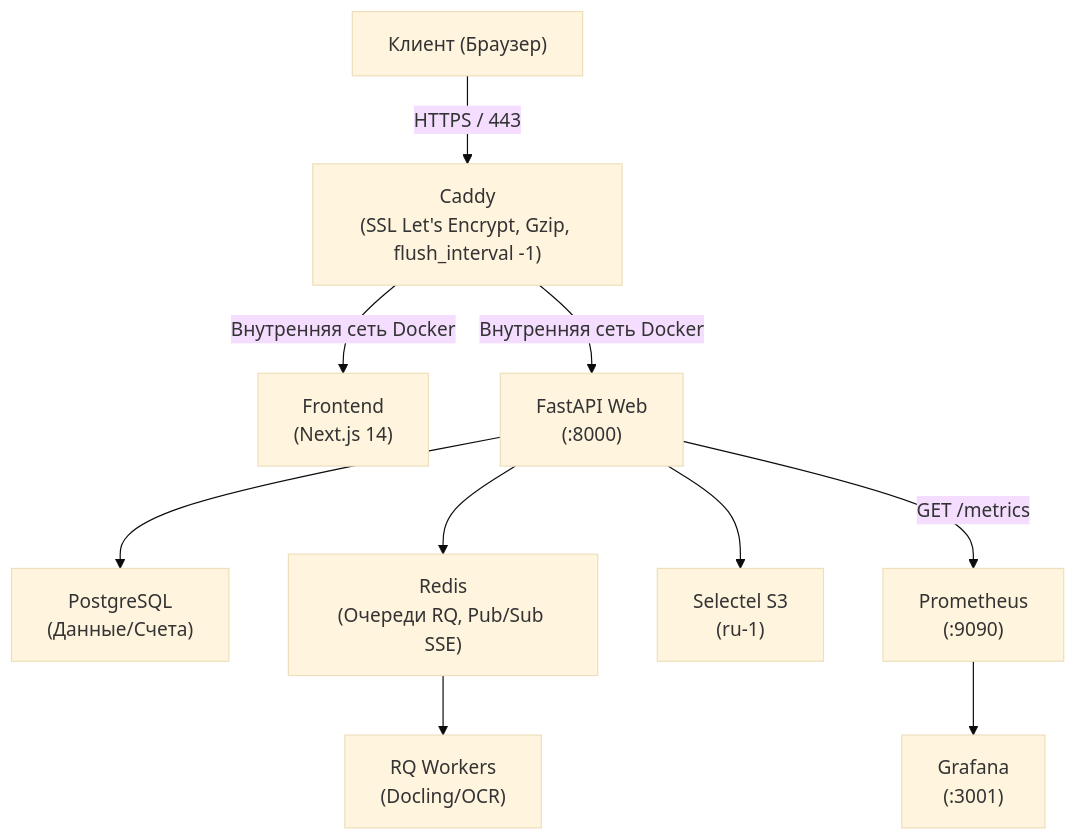
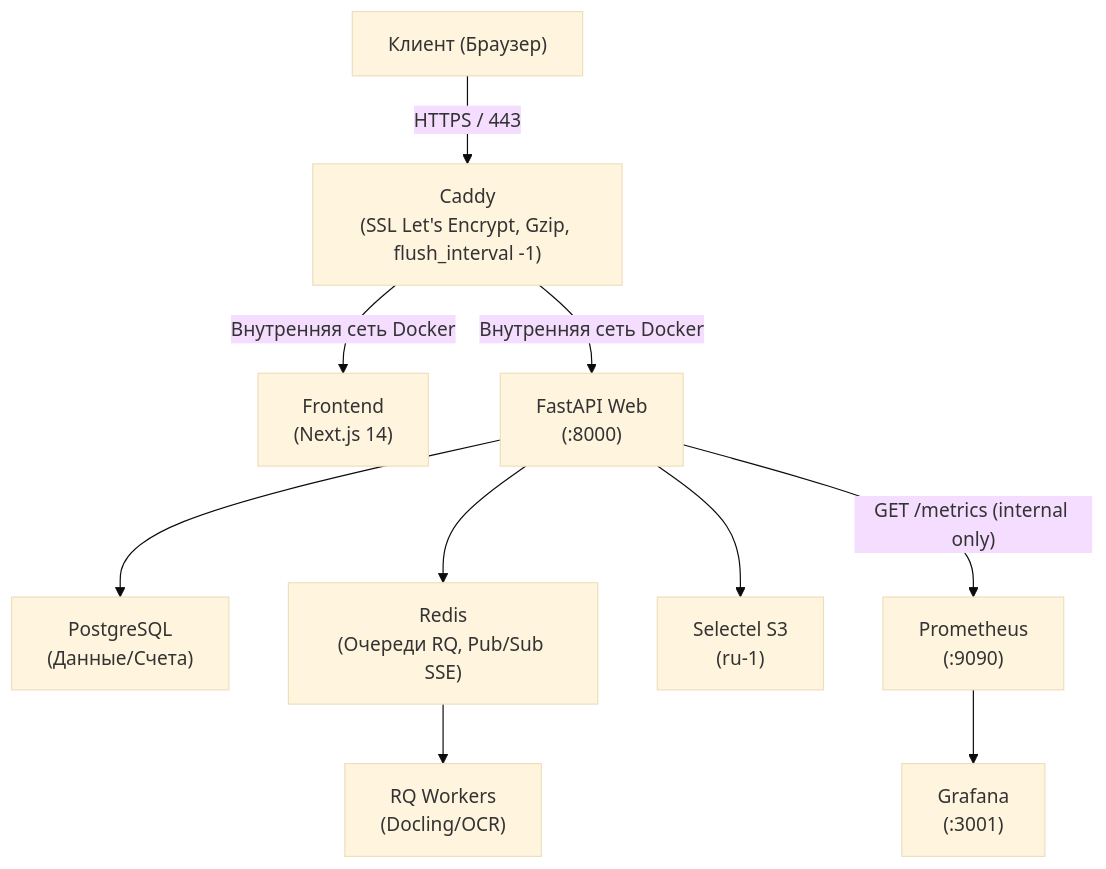
The diagram in docs/TECH.md (catishe-catalogue/clean-doc), drawn with Mermaid (base theme) before and after one commit. The commit also changed other lines of this file and 1 other file, not shown here.

````diff
--- a/docs/TECH.md
+++ b/docs/TECH.md
@@ -615,29 +650,29 @@
 ```mermaid
 flowchart TB
     Client["Клиент (Браузер)"]
 
     Caddy["Caddy<br/>(SSL Let's Encrypt, Gzip, flush_interval -1)"]
 
     Frontend["Frontend<br/>(Next.js 14)"]
     FastAPI["FastAPI Web<br/>(:8000)"]
 
     Postgres["PostgreSQL<br/>(Данные/Счета)"]
     Redis["Redis<br/>(Очереди RQ, Pub/Sub SSE)"]
     S3["Selectel S3<br/>(ru-1)"]
     Workers["RQ Workers<br/>(Docling/OCR)"]
     Prometheus["Prometheus<br/>(:9090)"]
     Grafana["Grafana<br/>(:3001)"]
 
     Client -->|HTTPS / 443| Caddy
 
     Caddy -->|Внутренняя сеть Docker| Frontend
     Caddy -->|Внутренняя сеть Docker| FastAPI
 
     FastAPI --> Postgres
     FastAPI --> Redis
     FastAPI --> S3
-    FastAPI -->|"GET /metrics"| Prometheus
+    FastAPI -->|"GET /metrics (internal only)"| Prometheus
 
     Redis --> Workers
     Prometheus --> Grafana
 ```
````
